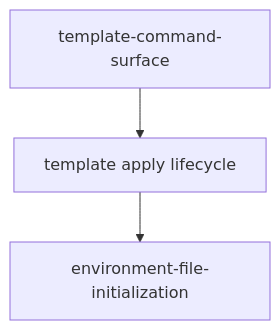
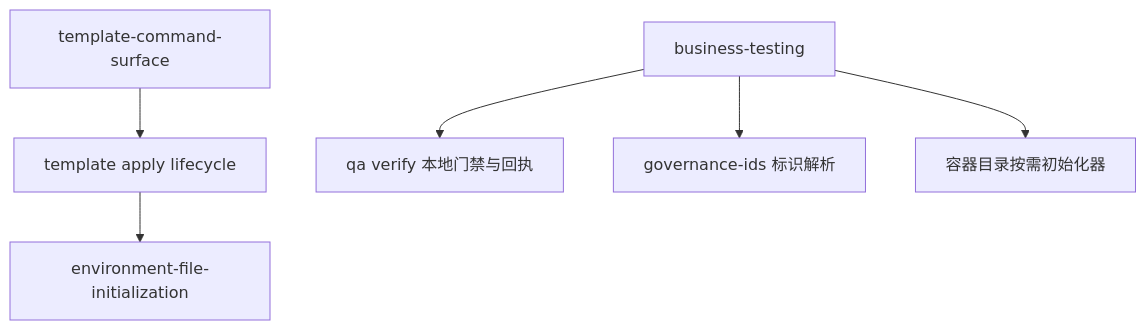
One commit to hollisyao2024/PromptsEngineering changed the diagram in docs/data/global-dependency-graph.md. Above: the diagram before and after it, drawn with Mermaid. The commit also changed other lines of this file and 65 other files, not shown here.

````diff
--- a/docs/data/global-dependency-graph.md
+++ b/docs/data/global-dependency-graph.md
@@ -7,5 +7,8 @@
 ```mermaid
 graph TD
   CMDSURF[template-command-surface] --> APPLY[template apply lifecycle]
   APPLY --> ENV[environment-file-initialization]
+  BIZTEST[business-testing] --> QAV[qa verify 本地门禁与回执]
+  BIZTEST --> GOVID[governance-ids 标识解析]
+  BIZTEST --> CONTDIR[容器目录按需初始化器]
 ```
````
